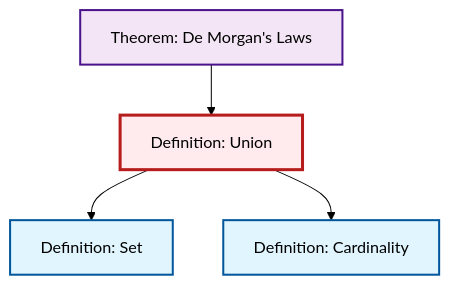
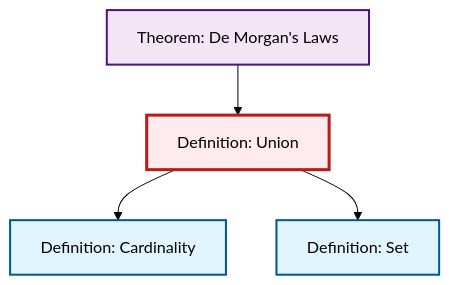
The diagram in content/en/logic-set-theory/def-union.qmd (RK0429/ModernMath), drawn with Mermaid (forest theme) before and after one commit. The commit also changed other lines of this file and 634 other files, not shown here.

````diff
--- a/content/en/logic-set-theory/def-union.qmd
+++ b/content/en/logic-set-theory/def-union.qmd
@@ -54,20 +54,20 @@
 ```{mermaid}
 %%| fig-cap: "Local dependency graph"
 graph TD
     classDef definition fill:#e1f5fe,stroke:#01579b,stroke-width:2px
     classDef theorem fill:#f3e5f5,stroke:#4a148c,stroke-width:2px
     classDef axiom fill:#fff3e0,stroke:#e65100,stroke-width:2px
     classDef example fill:#e8f5e9,stroke:#1b5e20,stroke-width:2px
     classDef current fill:#ffebee,stroke:#b71c1c,stroke-width:3px
+    thm-de-morgan["Theorem: De Morgan's Laws"]:::theorem
+    def-set["Definition: Set"]:::definition
+    def-cardinality["Definition: Cardinality"]:::definition
     def-union["Definition: Union"]:::definition
-    thm-de-morgan["Theorem: De Morgan's Laws"]:::theorem
-    def-cardinality["Definition: Cardinality"]:::definition
-    def-set["Definition: Set"]:::definition
+    def-union --> def-cardinality
     def-union --> def-set
     thm-de-morgan --> def-union
-    def-union --> def-cardinality
     class def-union current
     click thm-de-morgan "thm-de-morgan.html" "Go to De Morgan's Laws theorem"
+    click def-set "def-set.html" "Go to Set definition"
     click def-cardinality "def-cardinality.html" "Go to Cardinality definition"
-    click def-set "def-set.html" "Go to Set definition"
 ```
````
